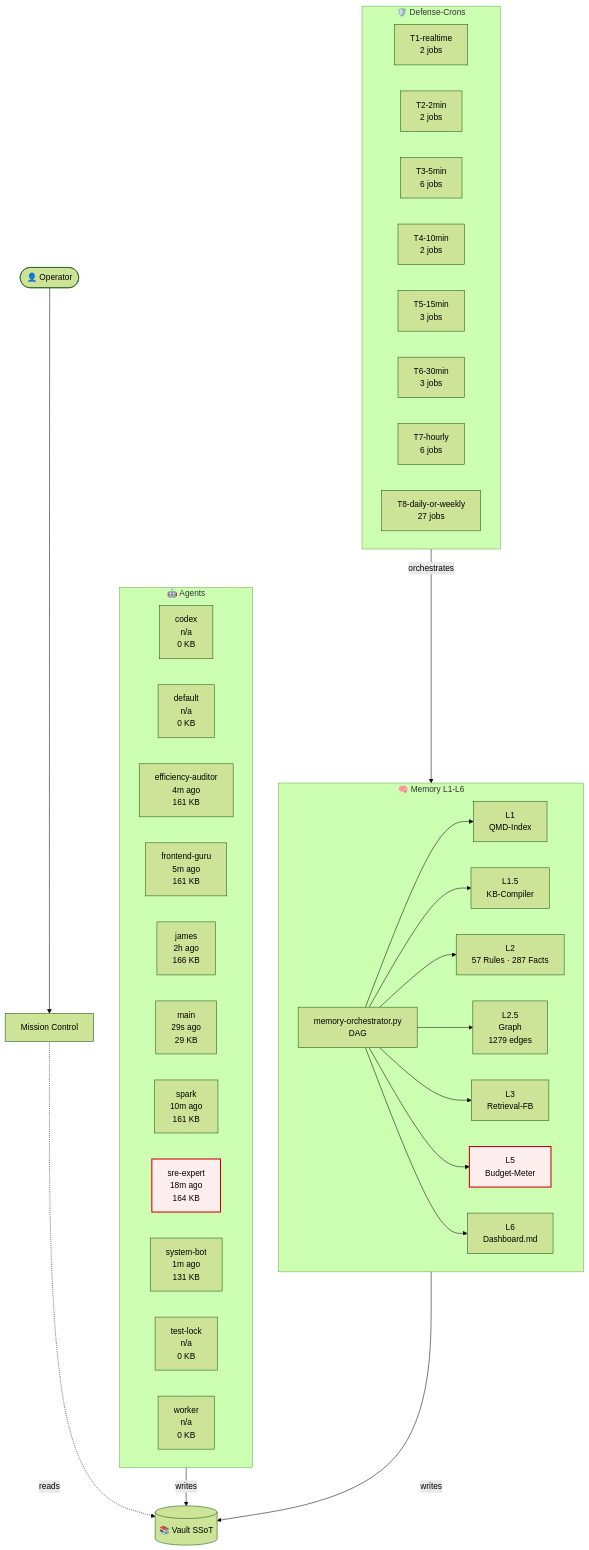
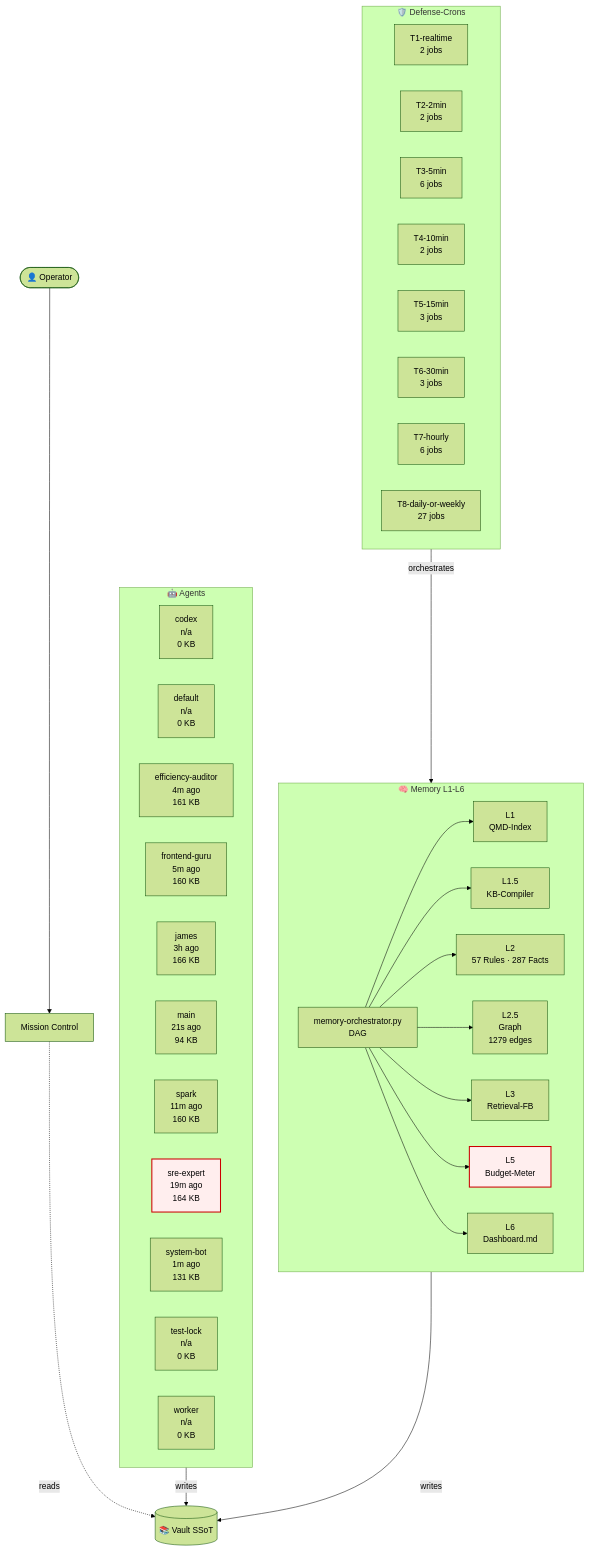
Before and after one commit to lenardhuebner88-rgb/openclaw-memory: the diagram in 03-Agents/architecture-live.md, drawn with Mermaid (forest theme). The commit also changed other lines of this file and 18 other files, not shown here.

````diff
--- a/03-Agents/architecture-live.md
+++ b/03-Agents/architecture-live.md
@@ -18,54 +18,54 @@
 ```mermaid
 flowchart TB
     classDef critical fill:#fee,stroke:#c00,stroke-width:2px;
     subgraph AGT["🤖 Agents"]
         agent_codex["codex<br/>n/a<br/>0 KB"]
         agent_default["default<br/>n/a<br/>0 KB"]
         agent_efficiency_auditor["efficiency-auditor<br/>4m ago<br/>161 KB"]
-        agent_frontend_guru["frontend-guru<br/>5m ago<br/>161 KB"]
-        agent_james["james<br/>2h ago<br/>166 KB"]
-        agent_main["main<br/>29s ago<br/>29 KB"]
-        agent_spark["spark<br/>10m ago<br/>161 KB"]
-        agent_sre_expert["sre-expert<br/>18m ago<br/>164 KB"]
+        agent_frontend_guru["frontend-guru<br/>5m ago<br/>160 KB"]
+        agent_james["james<br/>3h ago<br/>166 KB"]
+        agent_main["main<br/>21s ago<br/>94 KB"]
+        agent_spark["spark<br/>11m ago<br/>160 KB"]
+        agent_sre_expert["sre-expert<br/>19m ago<br/>164 KB"]
         agent_system_bot["system-bot<br/>1m ago<br/>131 KB"]
         agent_test_lock["test-lock<br/>n/a<br/>0 KB"]
         agent_worker["worker<br/>n/a<br/>0 KB"]
     end
     subgraph MEM["🧠 Memory L1-L6"]
         L1["L1<br/>QMD-Index"]
         L15["L1.5<br/>KB-Compiler"]
         L2["L2<br/>57 Rules · 287 Facts"]
         L25["L2.5<br/>Graph<br/>1279 edges"]
         L3["L3<br/>Retrieval-FB"]
         L5["L5<br/>Budget-Meter"]
         L6["L6<br/>Dashboard.md"]
         ORCH["memory-orchestrator.py<br/>DAG"]
     end
     subgraph CRN["🛡️ Defense-Crons"]
         tier_T1_realtime["T1-realtime<br/>2 jobs"]
         tier_T2_2min["T2-2min<br/>2 jobs"]
         tier_T3_5min["T3-5min<br/>6 jobs"]
         tier_T4_10min["T4-10min<br/>2 jobs"]
         tier_T5_15min["T5-15min<br/>3 jobs"]
         tier_T6_30min["T6-30min<br/>3 jobs"]
         tier_T7_hourly["T7-hourly<br/>6 jobs"]
         tier_T8_daily_or_weekly["T8-daily-or-weekly<br/>27 jobs"]
     end
     VAULT[("📚 Vault SSoT")]
     OP([👤 Operator])
     MC["Mission Control"]
     OP --> MC
     MC -.reads.-> VAULT
     AGT -->|writes| VAULT
     MEM -->|writes| VAULT
     ORCH --> L1
     ORCH --> L15
     ORCH --> L2
     ORCH --> L25
     ORCH --> L3
     ORCH --> L5
     ORCH --> L6
     CRN -->|orchestrates| MEM
     class L5 critical
     class agent_sre_expert critical
 ```
````
